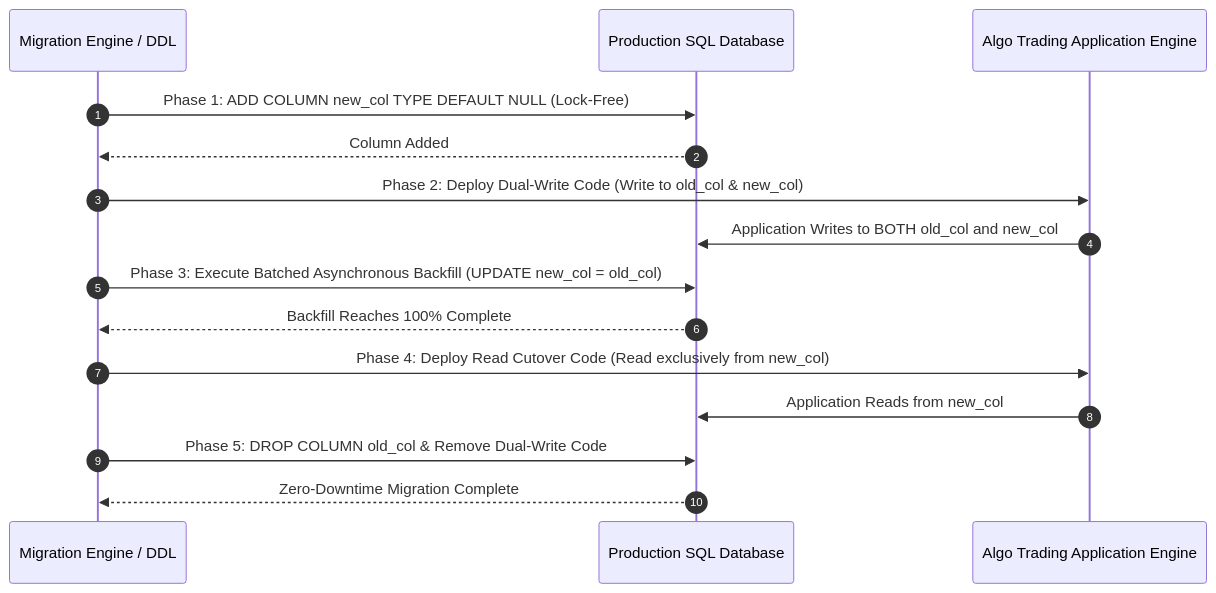
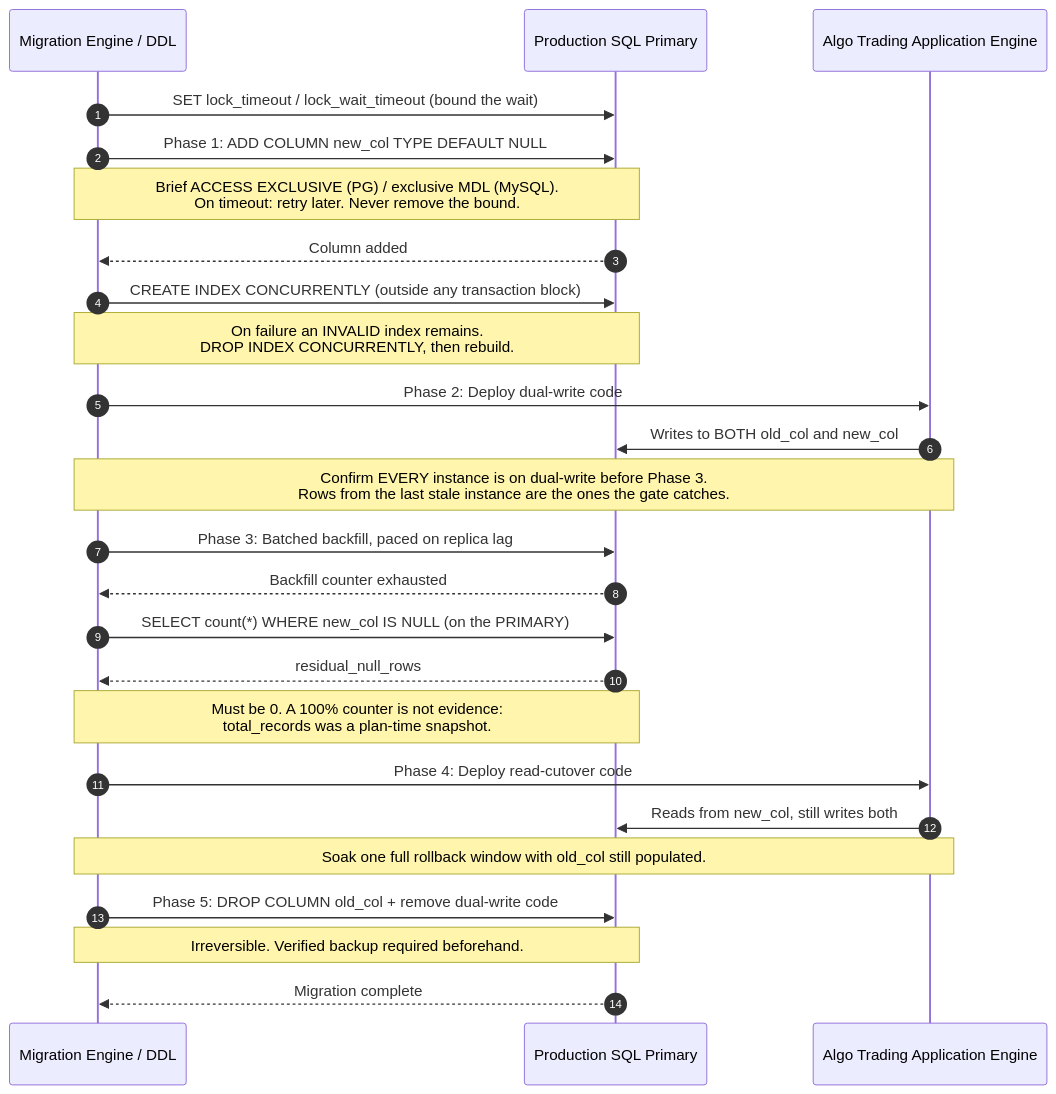
The first of 4 diagrams in skills/zero-downtime-database-schema-migrations/references/workflows.md (HimanshuJ16/Algo-Trading-Skills), drawn with Mermaid before and after one commit. The commit also changed other lines of this file and 443 other files, not shown here.

````diff
--- a/skills/zero-downtime-database-schema-migrations/references/workflows.md
+++ b/skills/zero-downtime-database-schema-migrations/references/workflows.md
@@ -4,22 +5,35 @@
 ```mermaid
 sequenceDiagram
     autonumber
     participant DBA as Migration Engine / DDL
-    participant DB as Production SQL Database
+    participant DB as Production SQL Primary
     participant App as Algo Trading Application Engine
 
-    DBA->>DB: Phase 1: ADD COLUMN new_col TYPE DEFAULT NULL (Lock-Free)
-    DB-->>DBA: Column Added
-    
-    DBA->>App: Phase 2: Deploy Dual-Write Code (Write to old_col & new_col)
-    App->>DB: Application Writes to BOTH old_col and new_col
-    
-    DBA->>DB: Phase 3: Execute Batched Asynchronous Backfill (UPDATE new_col = old_col)
-    DB-->>DBA: Backfill Reaches 100% Complete
-    
-    DBA->>App: Phase 4: Deploy Read Cutover Code (Read exclusively from new_col)
-    App->>DB: Application Reads from new_col
-    
-    DBA->>DB: Phase 5: DROP COLUMN old_col & Remove Dual-Write Code
-    DB-->>DBA: Zero-Downtime Migration Complete
+    DBA->>DB: SET lock_timeout / lock_wait_timeout (bound the wait)
+    DBA->>DB: Phase 1: ADD COLUMN new_col TYPE DEFAULT NULL
+    Note over DBA,DB: Brief ACCESS EXCLUSIVE (PG) / exclusive MDL (MySQL).<br/>On timeout: retry later. Never remove the bound.
+    DB-->>DBA: Column added
+
+    DBA->>DB: CREATE INDEX CONCURRENTLY (outside any transaction block)
+    Note over DBA,DB: On failure an INVALID index remains.<br/>DROP INDEX CONCURRENTLY, then rebuild.
+
+    DBA->>App: Phase 2: Deploy dual-write code
+    App->>DB: Writes to BOTH old_col and new_col
+    Note over DBA,App: Confirm EVERY instance is on dual-write before Phase 3.<br/>Rows from the last stale instance are the ones the gate catches.
+
+    DBA->>DB: Phase 3: Batched backfill, paced on replica lag
+    DB-->>DBA: Backfill counter exhausted
+
+    DBA->>DB: SELECT count(*) WHERE new_col IS NULL  (on the PRIMARY)
+    DB-->>DBA: residual_null_rows
+    Note over DBA,DB: Must be 0. A 100% counter is not evidence:<br/>total_records was a plan-time snapshot.
+
+    DBA->>App: Phase 4: Deploy read-cutover code
+    App->>DB: Reads from new_col, still writes both
+
+    Note over DBA,App: Soak one full rollback window with old_col still populated.
+
+    DBA->>DB: Phase 5: DROP COLUMN old_col + remove dual-write code
+    Note over DBA,DB: Irreversible. Verified backup required beforehand.
+    DB-->>DBA: Migration complete
 ```
````
